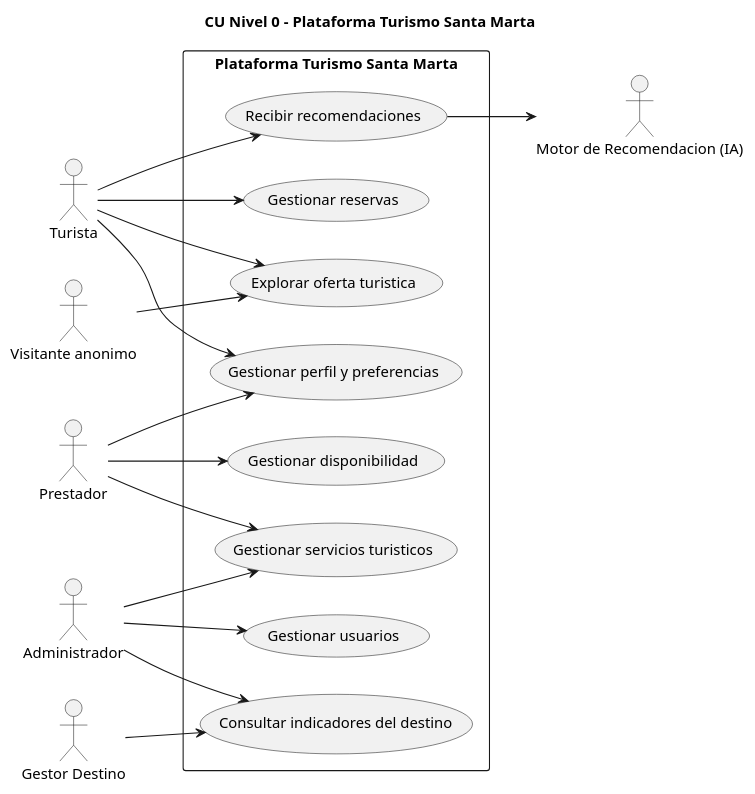
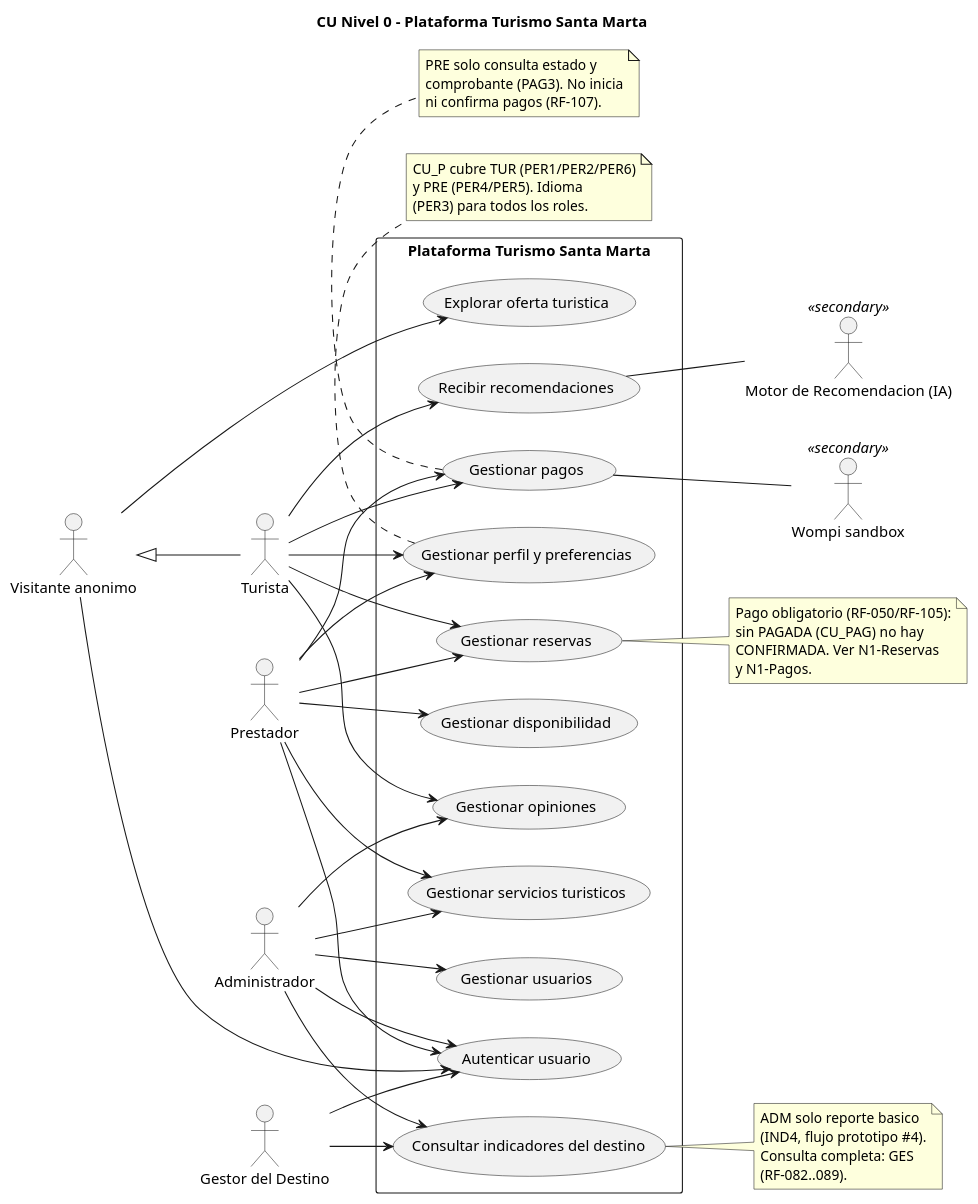
Before and after one commit to sebastianCavadia/turismo-santa-marta: the diagram in docs/02_requisitos/puml/cu-n0-plataforma.puml, drawn with PlantUML. The commit also changed 33 other files, not shown here.

Commit message:
Parcial v0.1: SRS v1.1 115RF+45RNF+9RI, 12 puml Smetana, ADRs RUP-PG-REST-Wompi, fix EXP filtrar como parametro

```diff
--- a/docs/02_requisitos/puml/cu-n0-plataforma.puml
+++ b/docs/02_requisitos/puml/cu-n0-plataforma.puml
@@ -1,37 +1,84 @@
 @startuml CU-N0-Plataforma
 ' Nivel 0 - Vista general. Sistema = Plataforma completa
+' SRS §2.3, §4. IA y Wompi como actores secundarios. VIS definido por RF-023.
 title CU Nivel 0 - Plataforma Turismo Santa Marta
 left to right direction
 
+actor "Visitante anonimo" as VIS
 actor "Turista" as TUR
-actor "Visitante anonimo" as VIS
 actor "Prestador" as PRE
 actor "Administrador" as ADM
-actor "Gestor Destino" as GES
-actor "Motor de Recomendacion (IA)" as IA
+actor "Gestor del Destino" as GES
+actor "Motor de Recomendacion (IA)" as IA <<secondary>>
+actor "Wompi sandbox" as WOM <<secondary>>
 
 rectangle "Plataforma Turismo Santa Marta" {
   usecase "Explorar oferta turistica" as CU_E
+  usecase "Autenticar usuario" as CU_A
   usecase "Gestionar perfil y preferencias" as CU_P
   usecase "Recibir recomendaciones" as CU_R
   usecase "Gestionar reservas" as CU_RES
+  usecase "Gestionar pagos" as CU_PAG
+  usecase "Gestionar opiniones" as CU_OPI
   usecase "Gestionar servicios turisticos" as CU_S
   usecase "Gestionar disponibilidad" as CU_D
   usecase "Gestionar usuarios" as CU_U
   usecase "Consultar indicadores del destino" as CU_I
 }
 
+' TUR es un VIS autenticado: hereda exploracion anonima y autenticacion (RF-023).
+' Por herencia NO se repiten asociaciones TUR-->CU_E ni TUR-->CU_A.
+VIS <|-- TUR
+
 VIS --> CU_E
-TUR --> CU_E
+VIS --> CU_A
 TUR --> CU_P
 TUR --> CU_R
 TUR --> CU_RES
+TUR --> CU_PAG
+TUR --> CU_OPI
+PRE --> CU_A
 PRE --> CU_P
 PRE --> CU_S
 PRE --> CU_D
+PRE --> CU_RES
+PRE --> CU_PAG
+ADM --> CU_A
 ADM --> CU_S
 ADM --> CU_U
 ADM --> CU_I
+ADM --> CU_OPI
+GES --> CU_A
 GES --> CU_I
-CU_R --> IA
+
+' Actores secundarios: el sistema los invoca, no inician sesion
+CU_R -- IA
+CU_PAG -- WOM
+
+note right of CU_RES
+  Pago obligatorio (RF-050/RF-105):
+  sin PAGADA (CU_PAG) no hay
+  CONFIRMADA. Ver N1-Reservas
+  y N1-Pagos.
+end note
+
+note right of CU_I
+  ADM solo reporte basico
+  (IND4, flujo prototipo #4).
+  Consulta completa: GES
+  (RF-082..089).
+end note
+
+note bottom of CU_PAG
+  PRE solo consulta estado y
+  comprobante (PAG3). No inicia
+  ni confirma pagos (RF-107).
+end note
+
+note bottom of CU_P
+  CU_P cubre TUR (PER1/PER2/PER6)
+  y PRE (PER4/PER5). Idioma
+  (PER3) para todos los roles.
+end note
+
 @enduml
```
